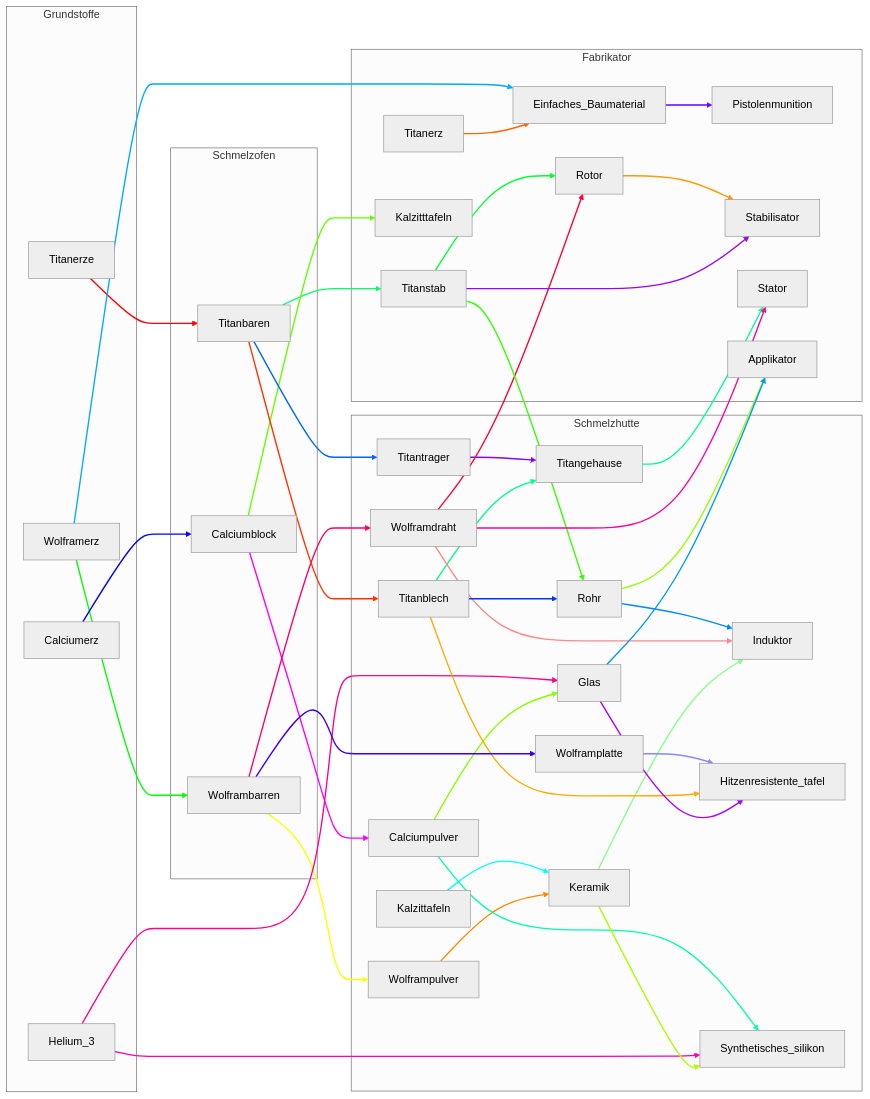
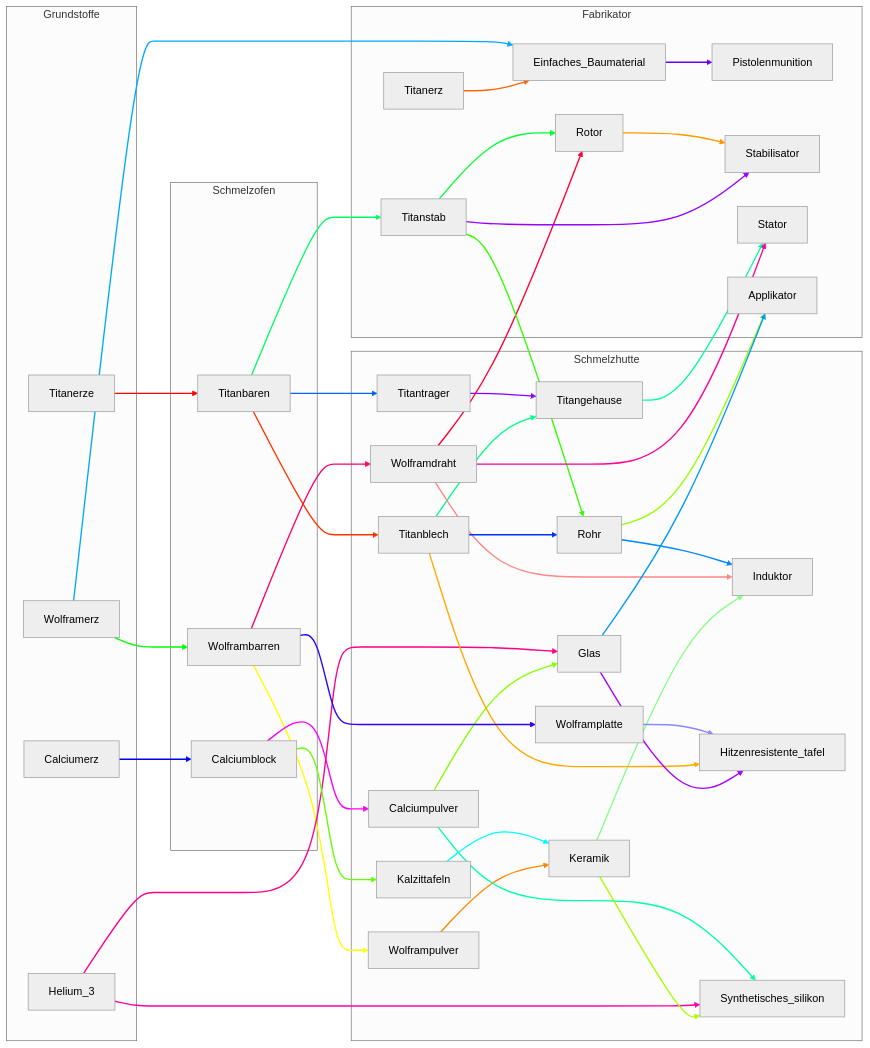
One commit to andrevdl/StarRuptere changed the diagram in tree.md. Above: the diagram before and after it, drawn with Mermaid (neutral theme).

```diff
--- a/tree.md
+++ b/tree.md
@@ -41,7 +41,7 @@
         Einfaches_Baumaterial-->Pistolenmunition;
         Titanbaren-->Titanstab;
         Wolframbarren-->Wolframdraht;
-        Calciumblock-->Kalzitttafeln;
+        Calciumblock-->Kalzittafeln;
         Titanbaren-->Titantrager;
         Titanbaren-->Titanblech;
         Wolframbarren-->Wolframplatte;
```
